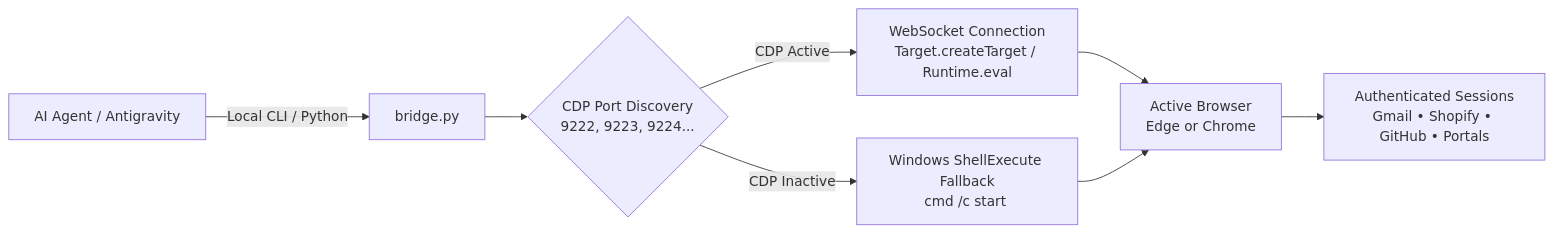
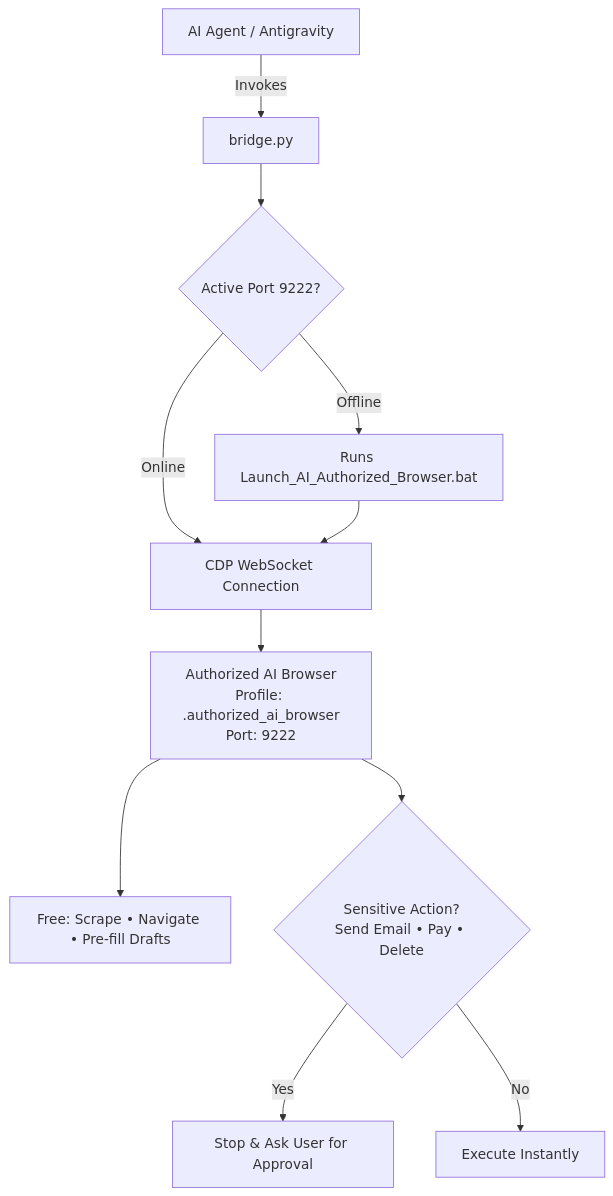
The diagram in README.md (ATP0925/browser-bridge), drawn with Mermaid before and after one commit. The commit also changed other lines of this file and 6 other files, not shown here.

Commit message:
feat: Integrate Authorized AI Browser profile (.authorized_ai_browser) and Sensitive Action Permission Protocol

````diff
--- a/README.md
+++ b/README.md
@@ -27,10 +28,13 @@
 ```mermaid
-flowchart LR
-    A[AI Agent / Antigravity] -->|Local CLI / Python| B[bridge.py]
-    B --> C{CDP Port Discovery\n9222, 9223, 9224...}
-    C -->|CDP Active| D[WebSocket Connection\nTarget.createTarget / Runtime.eval]
-    C -->|CDP Inactive| E[Windows ShellExecute Fallback\ncmd /c start <url>]
-    D --> F[Active Browser\nEdge or Chrome]
-    E --> F
-    F --> G[Authenticated Sessions\nGmail • Shopify • GitHub • Portals]
+flowchart TD
+    Agent[AI Agent / Antigravity] -->|Invokes| Bridge[bridge.py]
+    Bridge --> Check{Active Port 9222?}
+    Check -->|Offline| Launcher[Runs Launch_AI_Authorized_Browser.bat]
+    Check -->|Online| Engine[CDP WebSocket Connection]
+    Launcher --> Engine
+    Engine --> AuthBrowser[Authorized AI Browser\nProfile: .authorized_ai_browser\nPort: 9222]
+    AuthBrowser --> FreeActions[Free: Scrape • Navigate • Pre-fill Drafts]
+    AuthBrowser --> SensitiveActions{Sensitive Action?\nSend Email • Pay • Delete}
+    SensitiveActions -->|Yes| Prompt[Stop & Ask User for Approval]
+    SensitiveActions -->|No| Exec[Execute Instantly]
 ```
````
